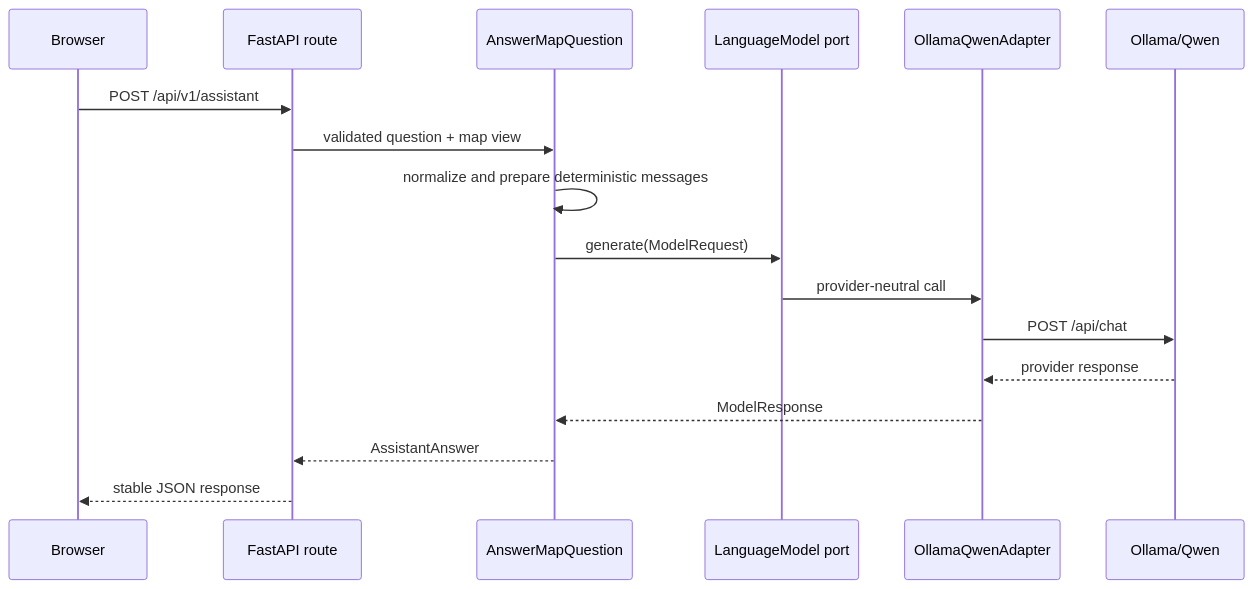
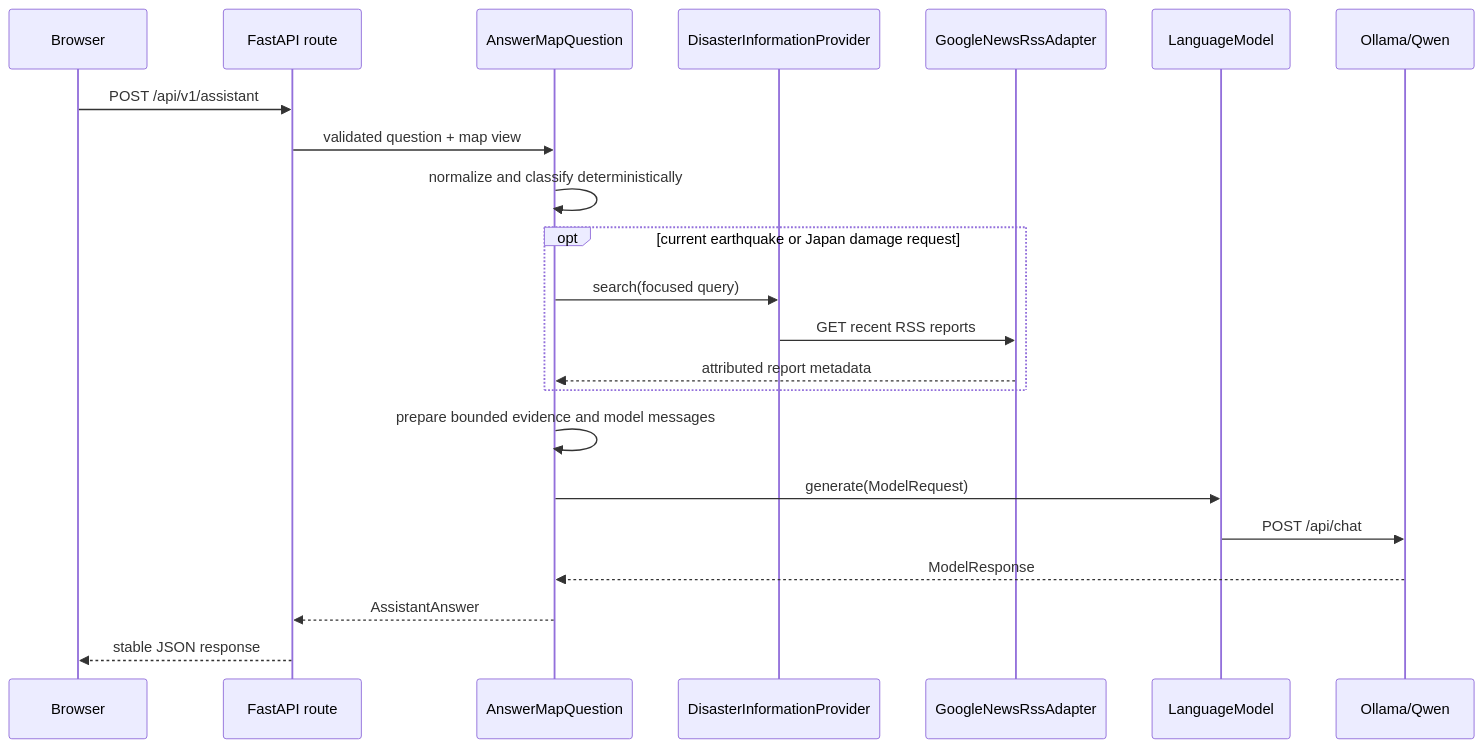
Before and after one commit to FearOfTheSea/DisasterMonitor: the second of 3 diagrams in docs/architecture.md, drawn with Mermaid. The commit also changed other lines of this file and 19 other files, not shown here.

Commit message:
Add current Japan earthquake damage reports

````diff
--- a/docs/architecture.md
+++ b/docs/architecture.md
@@ -17,20 +18,25 @@
 ```mermaid
 sequenceDiagram
     participant Browser
     participant Route as FastAPI route
     participant UseCase as AnswerMapQuestion
-    participant Port as LanguageModel port
-    participant Adapter as OllamaQwenAdapter
+    participant InfoPort as DisasterInformationProvider
+    participant RSS as GoogleNewsRssAdapter
+    participant ModelPort as LanguageModel
     participant Model as Ollama/Qwen
 
     Browser->>Route: POST /api/v1/assistant
     Route->>UseCase: validated question + map view
-    UseCase->>UseCase: normalize and prepare deterministic messages
-    UseCase->>Port: generate(ModelRequest)
-    Port->>Adapter: provider-neutral call
-    Adapter->>Model: POST /api/chat
-    Model-->>Adapter: provider response
-    Adapter-->>UseCase: ModelResponse
+    UseCase->>UseCase: normalize and classify deterministically
+    opt current earthquake or Japan damage request
+        UseCase->>InfoPort: search(focused query)
+        InfoPort->>RSS: GET recent RSS reports
+        RSS-->>UseCase: attributed report metadata
+    end
+    UseCase->>UseCase: prepare bounded evidence and model messages
+    UseCase->>ModelPort: generate(ModelRequest)
+    ModelPort->>Model: POST /api/chat
+    Model-->>UseCase: ModelResponse
     UseCase-->>Route: AssistantAnswer
     Route-->>Browser: stable JSON response
 ```
````
